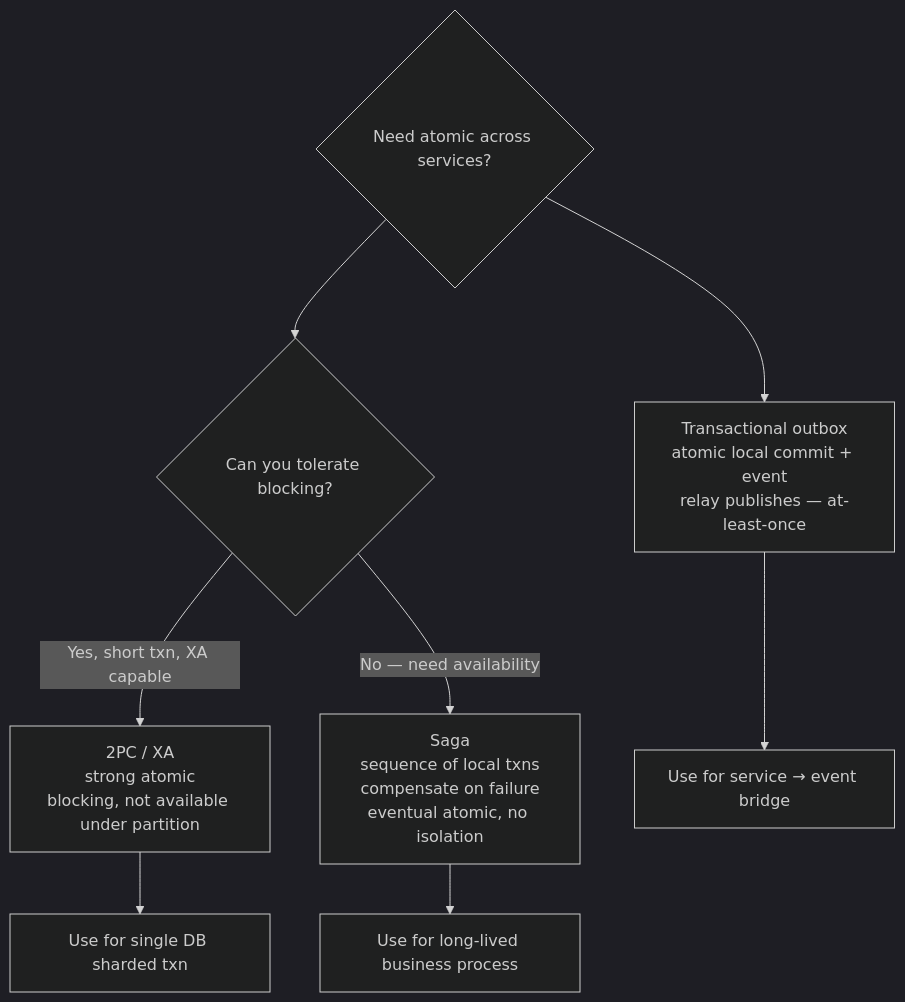
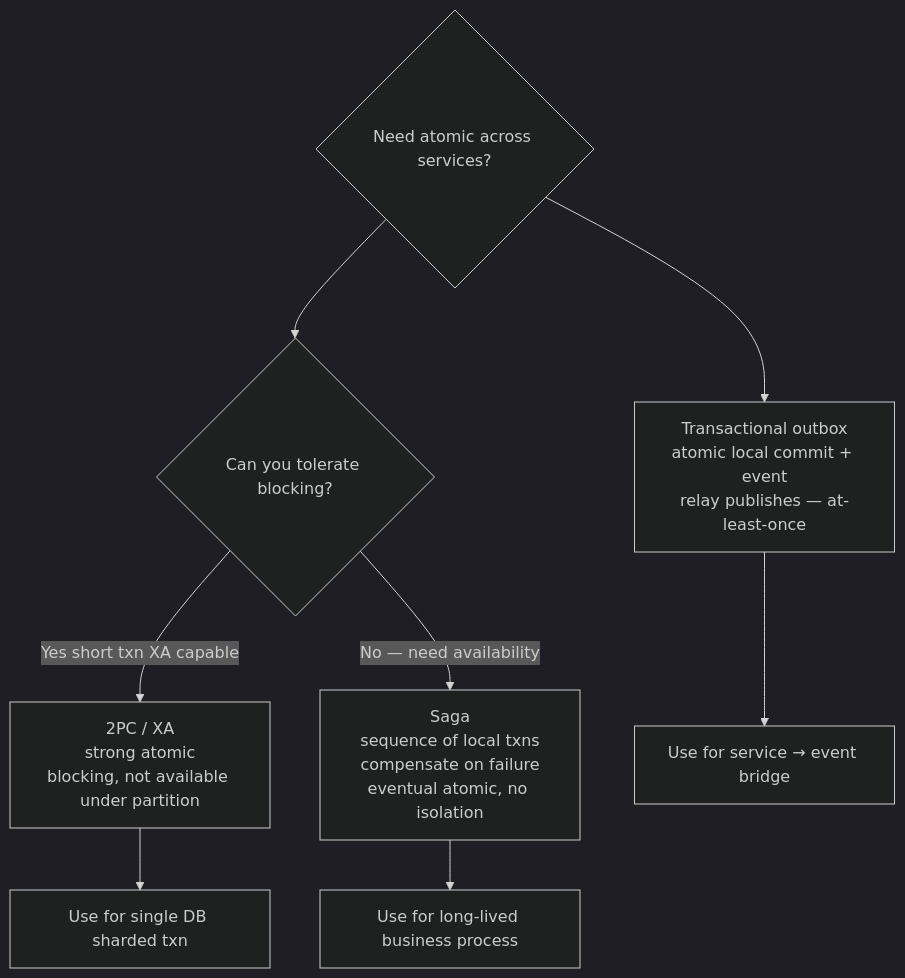
The sixth of 7 diagrams in vol-05-databases/ch10-distributed-transactions.md (bumbsclaw/textbooks), drawn with Mermaid (dark theme) before and after one commit. The commit also changed other lines of this file and 173 other files, not shown here.

First line of the commit message:
fix(mermaid): close note brackets, semicolons in Notes, stateDiagram br -> dash, edge parens

````diff
--- a/vol-05-databases/ch10-distributed-transactions.md
+++ b/vol-05-databases/ch10-distributed-transactions.md
@@ -733,10 +733,10 @@
 ```mermaid
 flowchart TD
     Q{"Need atomic across services?"} --> T{"Can you tolerate blocking?"}
-    T -->|Yes, short txn, XA capable| P2["2PC / XA<br/>strong atomic<br/>blocking, not available under partition"]
+    T -->|Yes short txn XA capable| P2["2PC / XA<br/>strong atomic<br/>blocking, not available under partition"]
     T -->|No — need availability| S["Saga<br/>sequence of local txns<br/>compensate on failure<br/>eventual atomic, no isolation"]
     Q --> O["Transactional outbox<br/>atomic local commit + event<br/>relay publishes — at-least-once"]
     P2 --> C1["Use for single DB sharded txn"]
     S --> C2["Use for long-lived business process"]
     O --> C3["Use for service → event bridge"]
 ```
````
